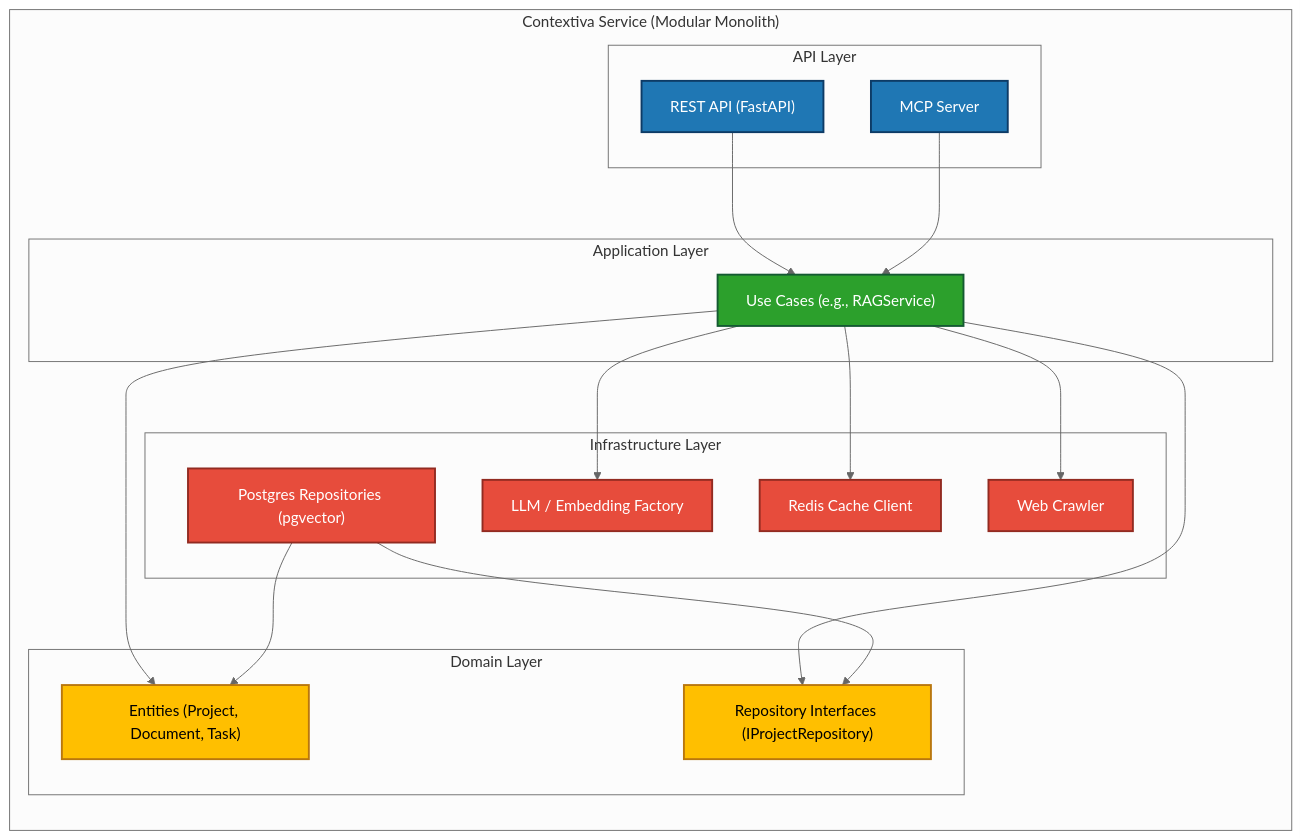
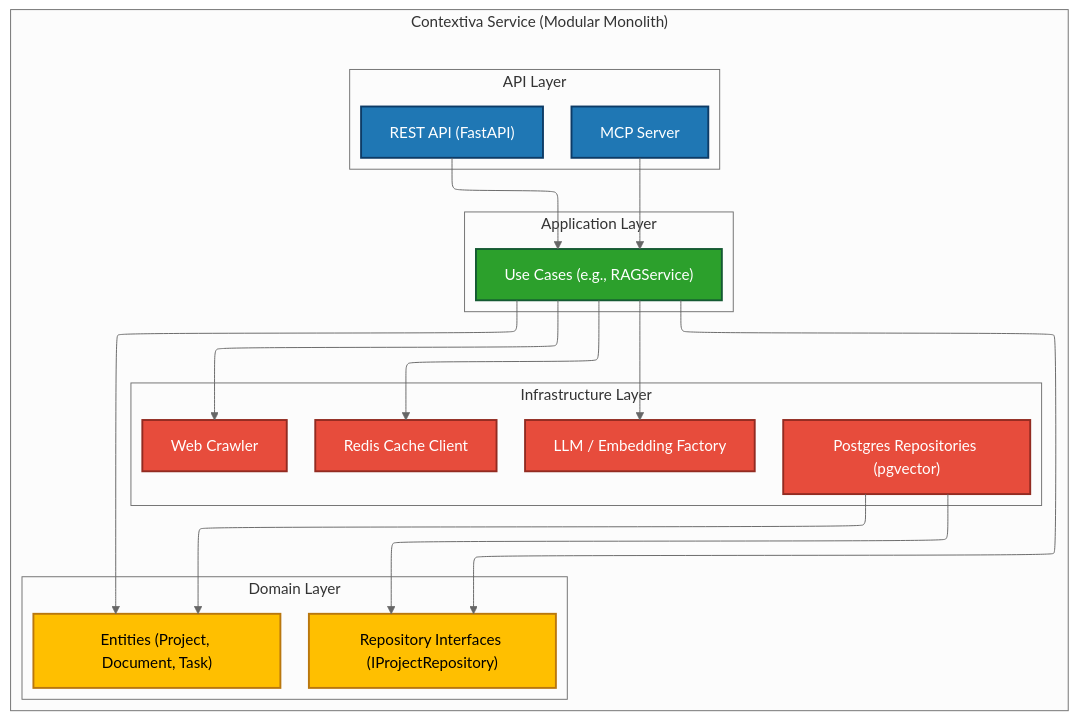
Before and after one commit to THAMIZH-ARASU/contextiva: the second of 4 diagrams in docs/project_architecture.md, drawn with Mermaid (neutral theme).

Commit message:
Updated Diagrams: docs/project_architecture.md

````diff
--- a/docs/project_architecture.md
+++ b/docs/project_architecture.md
@@ -208,52 +208,44 @@
 ```mermaid
-graph TD
-    subgraph "Contextiva Service (Modular Monolith)"
-        direction TB
-
-        subgraph "API Layer"
-            A1["REST API (FastAPI)"]
-            A2["MCP Server"]
-        end
-
-        subgraph "Application Layer"
-            B["Use Cases (e.g., RAGService)"]
-        end
-
-        subgraph "Domain Layer"
-            C["Entities (Project, Document, Task)"]
-            D["Repository Interfaces (IProjectRepository)"]
-        end
-
-        subgraph "Infrastructure Layer"
-            E["Postgres Repositories (pgvector)"]
-            F["LLM / Embedding Factory"]
-            G["Redis Cache Client"]
-            H["Web Crawler"]
-        end
-    end
-
-    %% Dependencies
+---
+config:
+  layout: elk
+---
+flowchart TD
+ subgraph subGraph0["API Layer"]
+        A1["REST API (FastAPI)"]
+        A2["MCP Server"]
+  end
+ subgraph subGraph1["Application Layer"]
+        B["Use Cases (e.g., RAGService)"]
+  end
+ subgraph subGraph2["Domain Layer"]
+        C["Entities (Project, Document, Task)"]
+        D["Repository Interfaces (IProjectRepository)"]
+  end
+ subgraph subGraph3["Infrastructure Layer"]
+        E["Postgres Repositories (pgvector)"]
+        F["LLM / Embedding Factory"]
+        G["Redis Cache Client"]
+        H["Web Crawler"]
+  end
+ subgraph subGraph4["Contextiva Service (Modular Monolith)"]
+    direction TB
+        subGraph0
+        subGraph1
+        subGraph2
+        subGraph3
+  end
     A1 --> B
     A2 --> B
-    B --> C
-    B --> D
-    B --> F
-    B --> G
-    B --> H
-    E --> C
-    E --> D
-
-    %% Enhanced Layer Colors
+    B --> C & D & F & G & H
+    E --> C & D
     style A1 fill:#1F77B4,stroke:#0D3B66,stroke-width:2px,color:#FFFFFF
     style A2 fill:#1F77B4,stroke:#0D3B66,stroke-width:2px,color:#FFFFFF
-
     style B fill:#2CA02C,stroke:#145A32,stroke-width:2px,color:#FFFFFF
-
     style C fill:#FFBF00,stroke:#B9770E,stroke-width:2px,color:#000000
     style D fill:#FFBF00,stroke:#B9770E,stroke-width:2px,color:#000000
-
     style E fill:#E74C3C,stroke:#922B21,stroke-width:2px,color:#FFFFFF
     style F fill:#E74C3C,stroke:#922B21,stroke-width:2px,color:#FFFFFF
     style G fill:#E74C3C,stroke:#922B21,stroke-width:2px,color:#FFFFFF
     style H fill:#E74C3C,stroke:#922B21,stroke-width:2px,color:#FFFFFF
 ```
````
